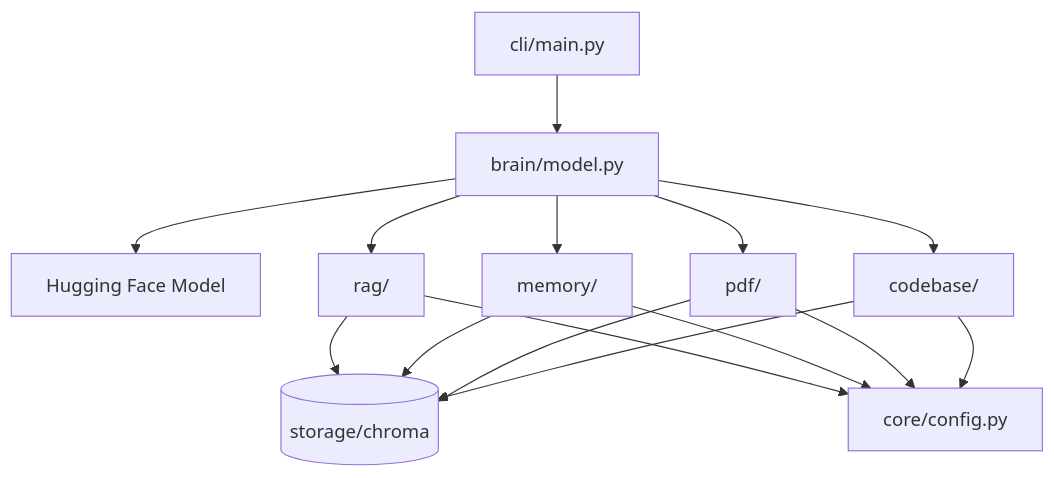
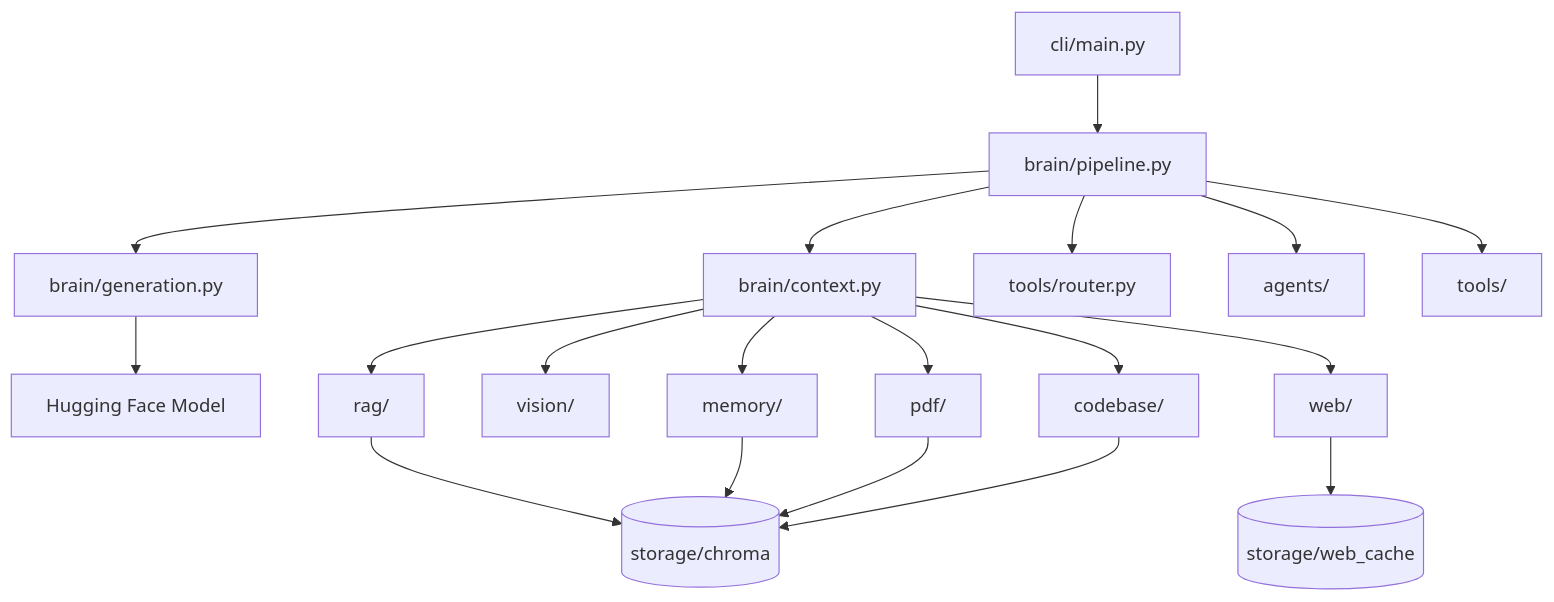
The diagram in docs/ARCHITECTURE.md (dakxhie/zoe), drawn with Mermaid before and after one commit. The commit also changed other lines of this file and 64 other files, not shown here.

````diff
--- a/docs/ARCHITECTURE.md
+++ b/docs/ARCHITECTURE.md
@@ -7,27 +7,38 @@
 ```mermaid
 flowchart TD
     CLI[cli/main.py]
-    Brain[brain/model.py]
+    Pipeline[brain/pipeline.py]
+    Context[brain/context.py]
+    Generation[brain/generation.py]
+    Router[tools/router.py]
     LLM[Hugging Face Model]
+    Agents[agents/]
+    Tools[tools/]
+    Web[web/]
+    Vision[vision/]
     Notes[rag/]
     Memory[memory/]
     PDF[pdf/]
     Code[codebase/]
     Chroma[(storage/chroma)]
-    Config[core/config.py]
+    WebCache[(storage/web_cache)]
 
-    CLI --> Brain
-    Brain --> LLM
-    Brain --> Notes
-    Brain --> Memory
-    Brain --> PDF
-    Brain --> Code
+    CLI --> Pipeline
+    Pipeline --> Router
+    Pipeline --> Agents
+    Pipeline --> Tools
+    Pipeline --> Context
+    Pipeline --> Generation
+    Generation --> LLM
+    Context --> Notes
+    Context --> Memory
+    Context --> PDF
+    Context --> Code
+    Context --> Web
+    Context --> Vision
+    Web --> WebCache
     Notes --> Chroma
     Memory --> Chroma
     PDF --> Chroma
     Code --> Chroma
-    Notes --> Config
-    Memory --> Config
-    PDF --> Config
-    Code --> Config
 ```
````
